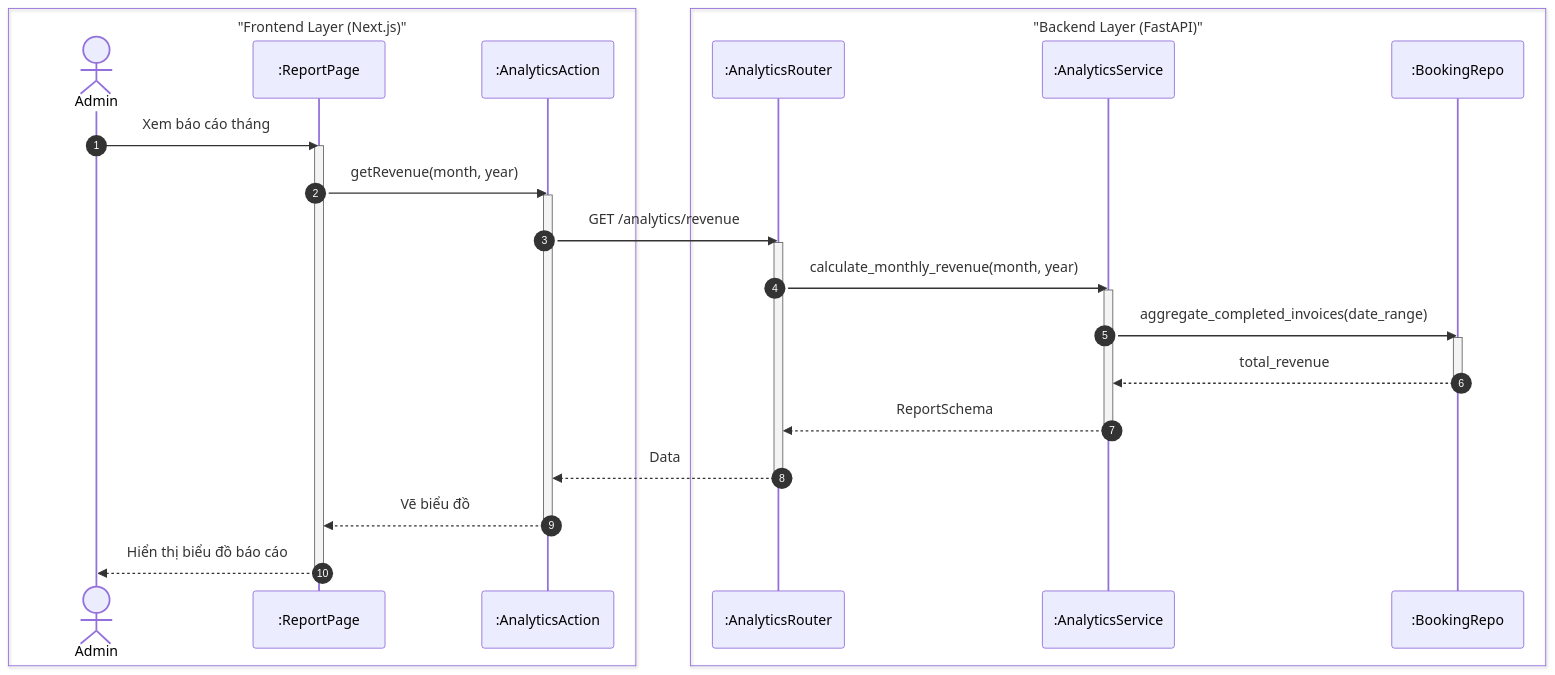
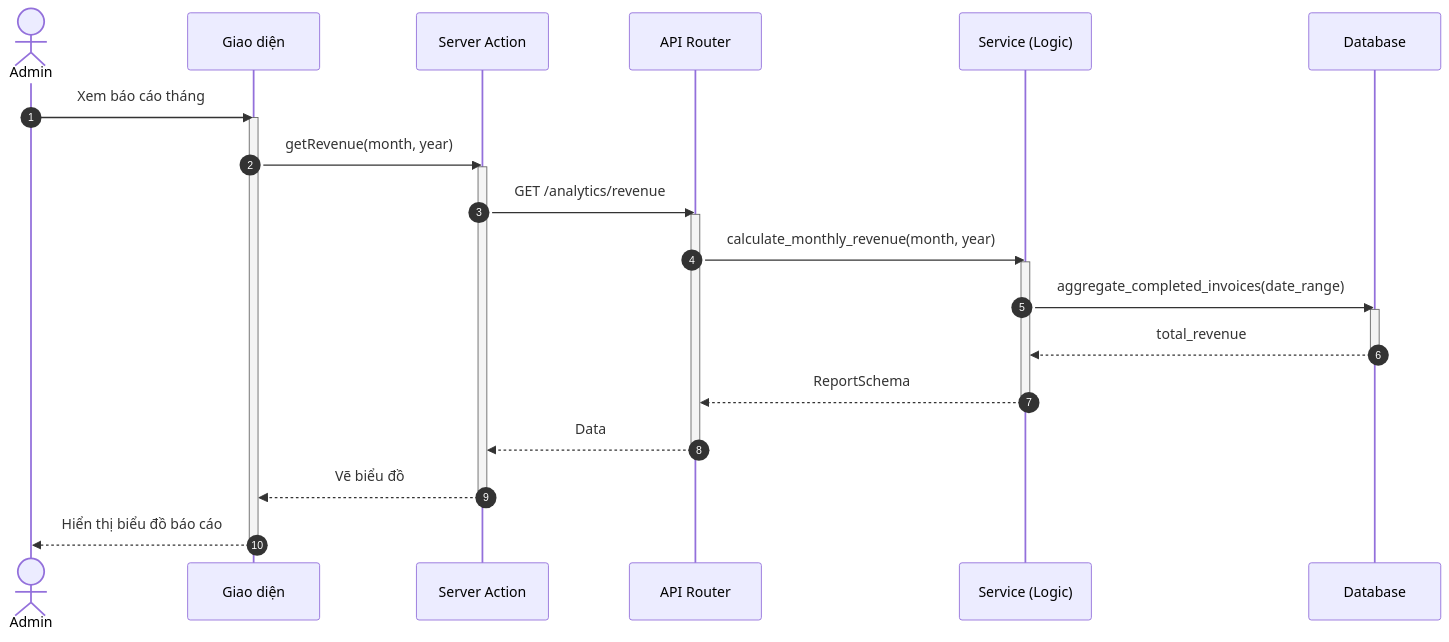
Before and after one commit to ngoctinn/Synapse: the fourth of 4 diagrams in docs/design/sequences/admin_flows.md, drawn with Mermaid. The commit also changed other lines of this file and 4 other files, not shown here.

Commit message:
docs: Add initial sequence diagrams for admin, authentication, customer, receptionist, and technician flows.

````diff
--- a/docs/design/sequences/admin_flows.md
+++ b/docs/design/sequences/admin_flows.md
@@ -177,43 +162,38 @@
 ```mermaid
 sequenceDiagram
     autonumber
-    box "Frontend Layer (Next.js)"
-        actor AD as Admin
-        participant UI as :ReportPage
-        participant BFF as :AnalyticsAction
-    end
-
-    box "Backend Layer (FastAPI)"
-        participant API as :AnalyticsRouter
-        participant S as :AnalyticsService
-        participant DB as :BookingRepo
-    end
+    actor AD as Admin
+    participant UI as Giao diện
+    participant BFF as Server Action
+    participant API as API Router
+    participant S as Service (Logic)
+    participant DB as Database
 
     AD->>UI: Xem báo cáo tháng
     activate UI
     UI->>BFF: getRevenue(month, year)
     activate BFF
 
     BFF->>API: GET /analytics/revenue
     activate API
 
     API->>S: calculate_monthly_revenue(month, year)
     activate S
 
     S->>DB: aggregate_completed_invoices(date_range)
     activate DB
     DB-->>S: total_revenue
     deactivate DB
 
     S-->>API: ReportSchema
     deactivate S
 
     API-->>BFF: Data
     deactivate API
 
     BFF-->>UI: Vẽ biểu đồ
     deactivate BFF
 
     UI-->>AD: Hiển thị biểu đồ báo cáo
     deactivate UI
 ```
````
